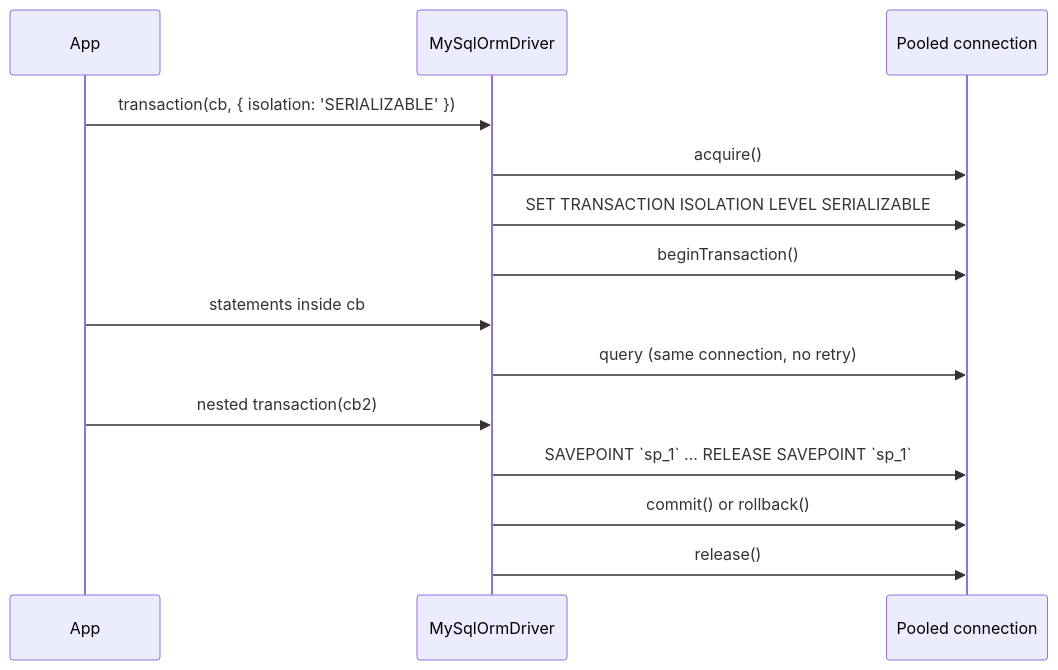
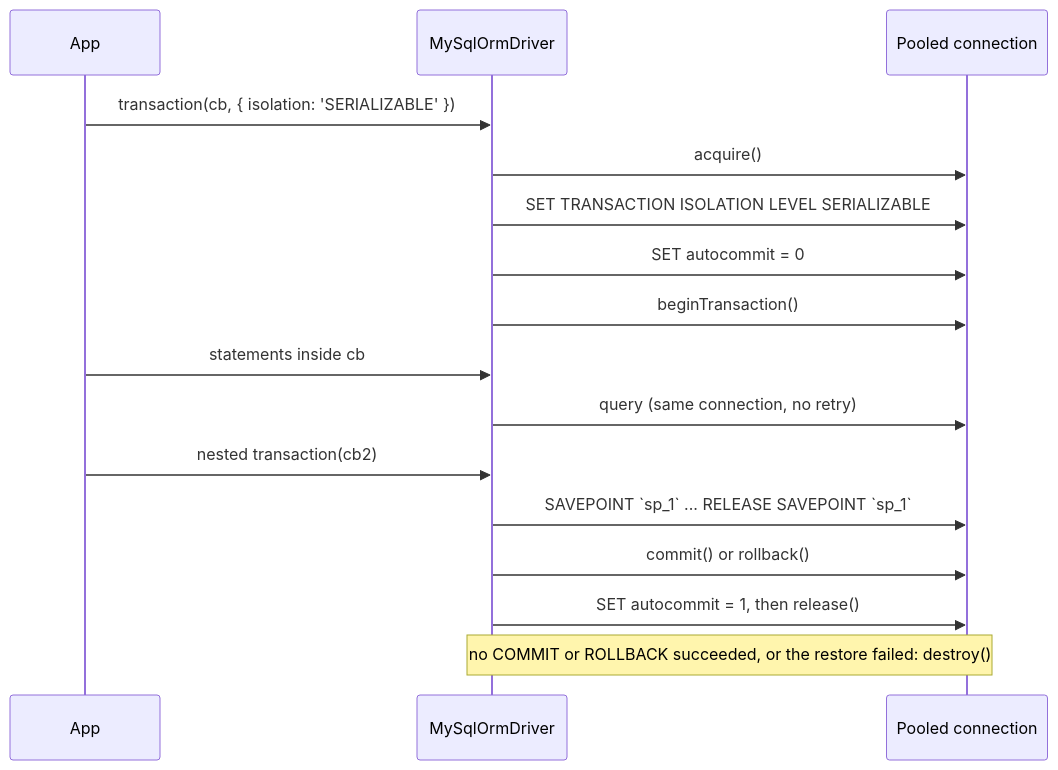
The diagram in docs/orm-mysql/03-transactions.md (spinajs/main), drawn with Mermaid before and after one commit. The commit also changed other lines of this file and 1 other file, not shown here.

Commit message:
docs(orm-mysql): what a transaction sets and restores on its connection, and DDL under autocommit off

````diff
--- a/docs/orm-mysql/03-transactions.md
+++ b/docs/orm-mysql/03-transactions.md
@@ -14,16 +14,18 @@
 ```mermaid
 sequenceDiagram
   participant App
   participant D as MySqlOrmDriver
   participant C as Pooled connection
   App->>D: transaction(cb, { isolation: 'SERIALIZABLE' })
   D->>C: acquire()
   D->>C: SET TRANSACTION ISOLATION LEVEL SERIALIZABLE
+  D->>C: SET autocommit = 0
   D->>C: beginTransaction()
   App->>D: statements inside cb
   D->>C: query (same connection, no retry)
   App->>D: nested transaction(cb2)
   D->>C: SAVEPOINT `sp_1` ... RELEASE SAVEPOINT `sp_1`
   D->>C: commit() or rollback()
-  D->>C: release()
+  D->>C: SET autocommit = 1, then release()
+  Note over D,C: no COMMIT or ROLLBACK succeeded, or the restore failed: destroy()
 ```
````
